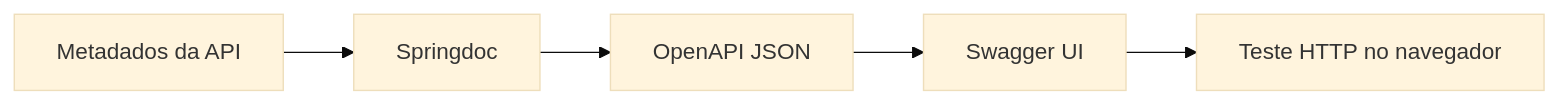
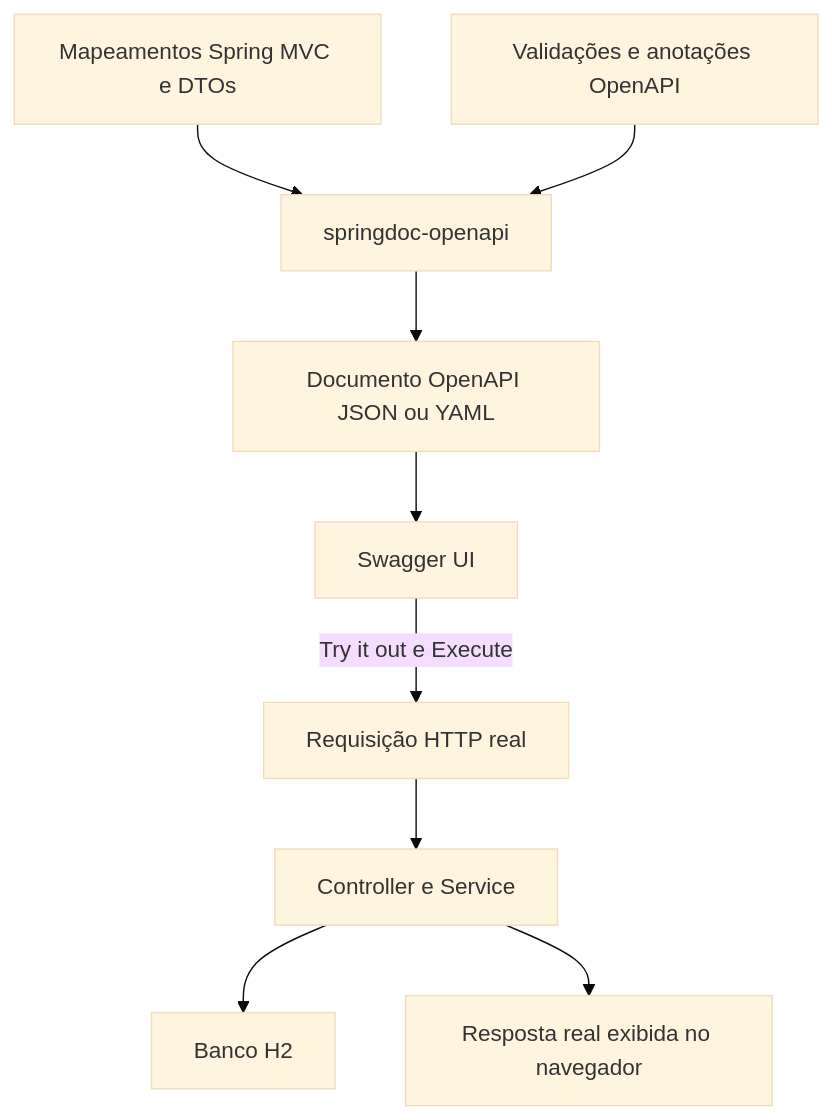
Before and after one commit to F290-TP2/PIApi: the diagram in docs/04-openapi-swagger.md, drawn with Mermaid (base theme). The commit also changed other lines of this file and 13 other files, not shown here.

First line of the commit message:
feat: adiciona documentação OpenAPI e Swagger UI

````diff
--- a/docs/04-openapi-swagger.md
+++ b/docs/04-openapi-swagger.md
@@ -15,7 +37,11 @@
 ```mermaid
-flowchart LR
-    Anotacoes[Metadados da API] --> Springdoc[Springdoc]
-    Springdoc --> Spec[OpenAPI JSON]
-    Spec --> UI[Swagger UI]
-    UI --> Requisicao[Teste HTTP no navegador]
+flowchart TD
+    A[Mapeamentos Spring MVC e DTOs] --> C[springdoc-openapi]
+    B[Validações e anotações OpenAPI] --> C
+    C --> D[Documento OpenAPI JSON ou YAML]
+    D --> E[Swagger UI]
+    E -->|Try it out e Execute| F[Requisição HTTP real]
+    F --> G[Controller e Service]
+    G --> H[Banco H2]
+    G --> I[Resposta real exibida no navegador]
 ```
````
